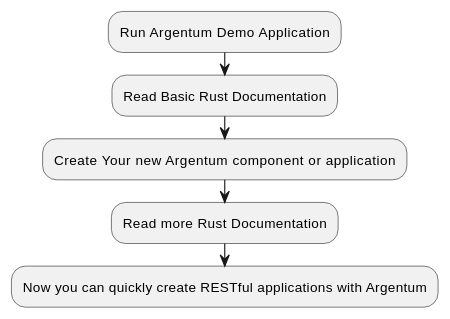
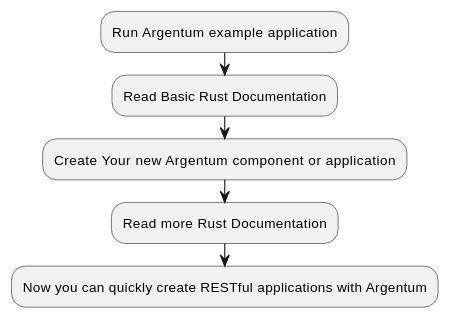
Before and after one commit to argentum-toolkit/argentum: the first of 2 diagrams in readme.adoc, drawn with PlantUML. The commit also changed 44 other files, not shown here.

```diff
--- a/readme.adoc
+++ b/readme.adoc
@@ -17,9 +17,9 @@
 [plantuml,format="svg"]
 ----
-:Run Argentum Demo Application;
+:Run Argentum example application;
 :Read Basic Rust Documentation;
 :Create Your new Argentum component or application;
 :Read more Rust Documentation;
 :Now you can quickly create RESTful applications with Argentum;
 
 ----
```
